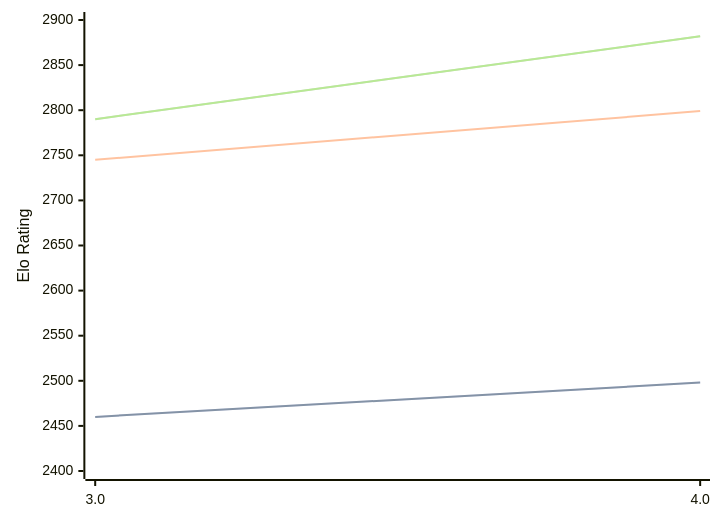
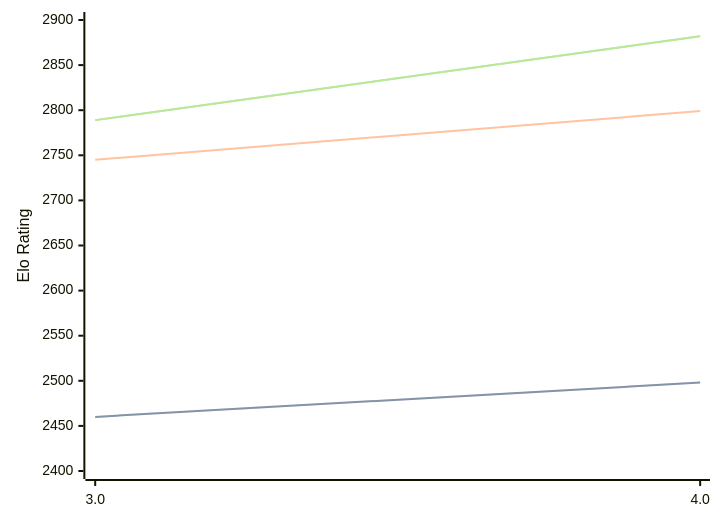
Before and after one commit to computer-chess-index/cci: the diagram in engines/Chess3.md, drawn with Mermaid. The commit also changed other lines of this file, not shown here.

Commit message:
Update CCI Ratings (ELO VLTC) - 2026-08-03

````diff
--- a/engines/Chess3.md
+++ b/engines/Chess3.md
@@ -34,11 +34,11 @@
 ```mermaid
 %%{init: {"theme":"base","themeVariables":{"seriesColors:['#a3a3a3','#222221','#faa371']}}}%%
 xychart-beta
   x-axis ["3.0", "4.0"]
   y-axis "Elo Rating" 2400 --> 2900
   line "STC (8.0+0.08s)" [2460, 2498]
   line "STC (8.0+0.08s)" [2460, 2498]
   line "LTC (60.0+0.60s)" [2745, 2799]
-  line "VLTC (2m24s+1.12s)" [2790, 2882]
-  line "VLTC (2m24s+1.12s)" [2790, 2882]
+  line "VLTC (2m24s+1.12s)" [2789, 2882]
+  line "VLTC (2m24s+1.12s)" [2789, 2882]
 ```
````
